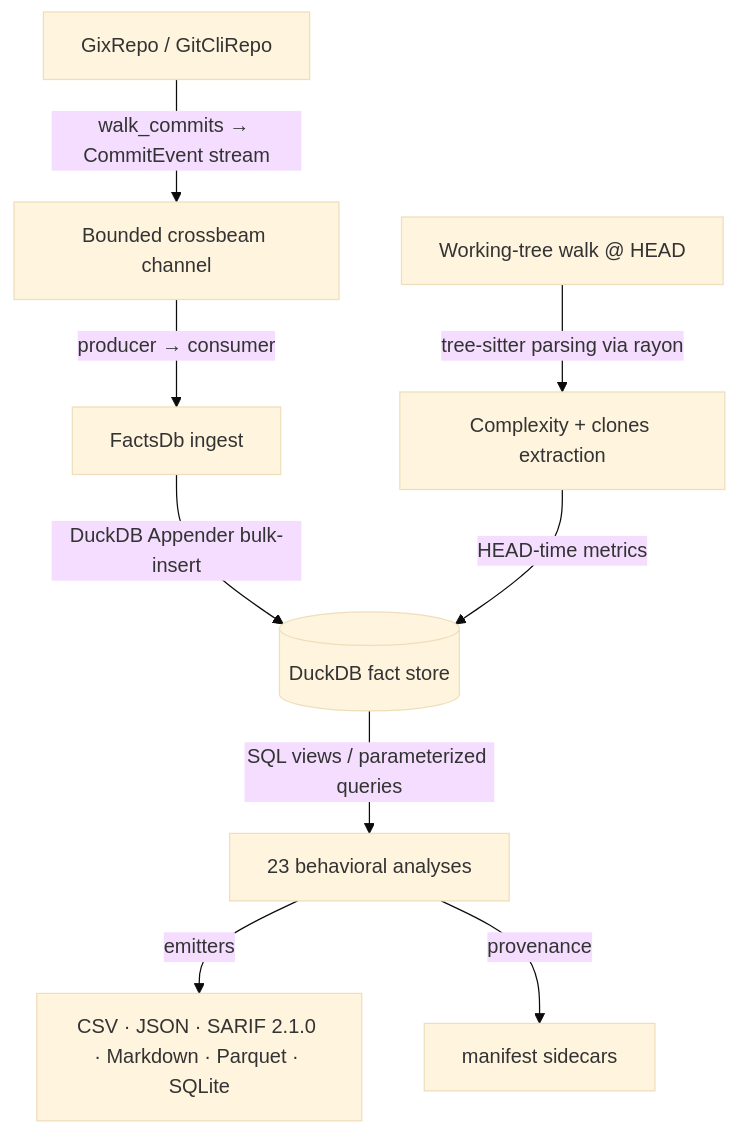
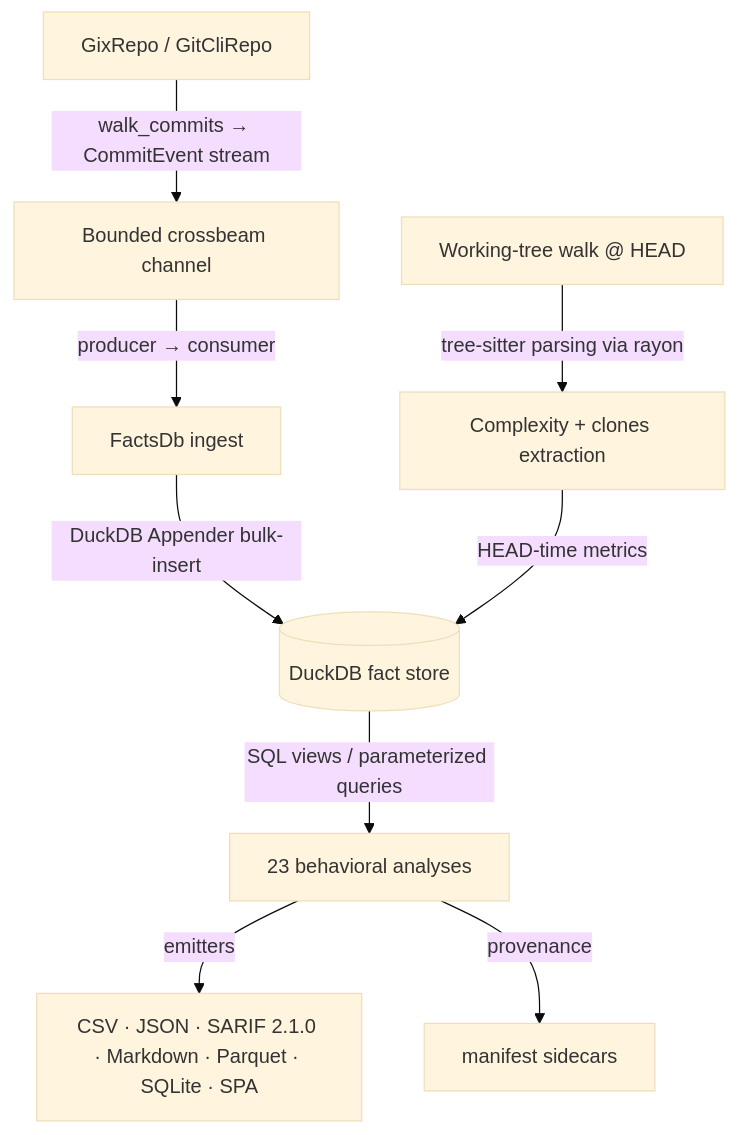
One commit to emrecdr/codelore changed the diagram in docs/codebase_analysis.md. Above: the diagram before and after it, drawn with Mermaid (base theme). The commit also changed other lines of this file and 8 other files, not shown here.

````diff
--- a/docs/codebase_analysis.md
+++ b/docs/codebase_analysis.md
@@ -29,11 +29,11 @@
 ```mermaid
 graph TD
     A[GixRepo / GitCliRepo] -->|walk_commits → CommitEvent stream| B[Bounded crossbeam channel]
     B -->|producer → consumer| C[FactsDb ingest]
     C -->|DuckDB Appender bulk-insert| D[(DuckDB fact store)]
     E[Working-tree walk @ HEAD] -->|tree-sitter parsing via rayon| F[Complexity + clones extraction]
     F -->|HEAD-time metrics| D
     D -->|SQL views / parameterized queries| G[23 behavioral analyses]
-    G -->|emitters| H[CSV · JSON · SARIF 2.1.0 · Markdown · Parquet · SQLite]
+    G -->|emitters| H[CSV · JSON · SARIF 2.1.0 · Markdown · Parquet · SQLite · SPA]
     G -->|provenance| I[manifest sidecars]
 ```
````
